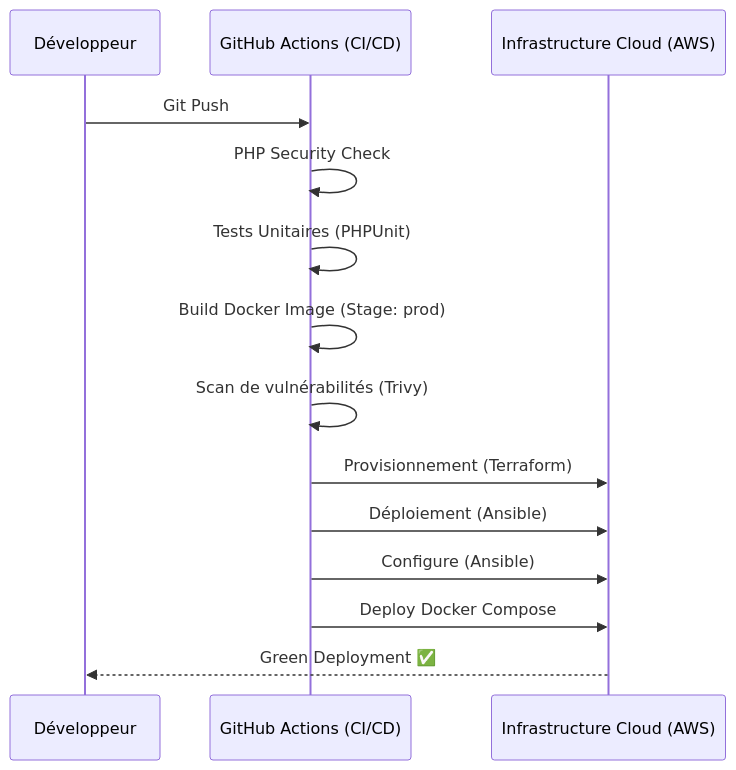
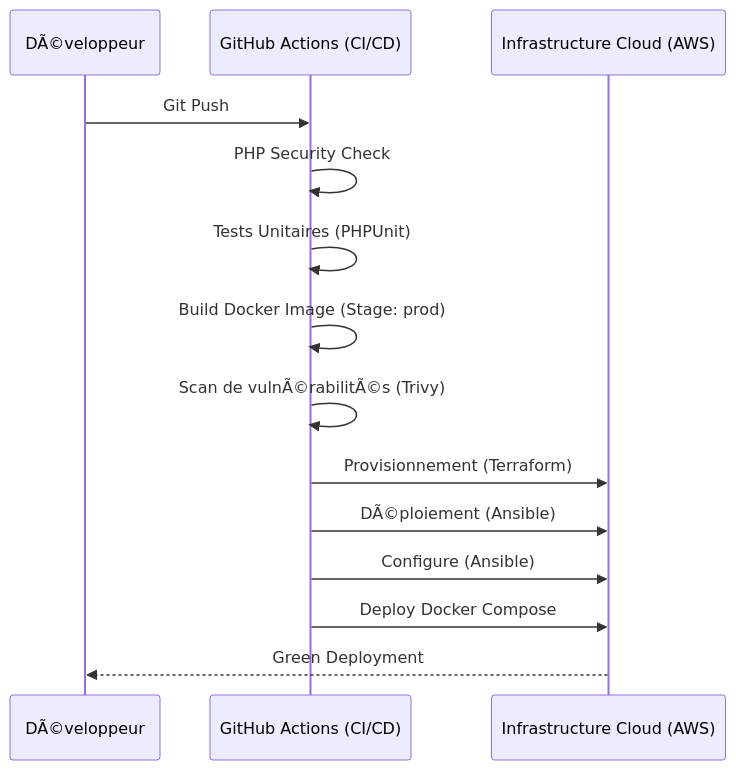
Before and after one commit to ArmSal/les-saveurs-du-jardin: the second of 2 diagrams in docs/architecture_schema.md, drawn with Mermaid. The commit also changed other lines of this file and 281 other files, not shown here.

````diff
--- a/docs/architecture_schema.md
+++ b/docs/architecture_schema.md
@@ -36,17 +36,17 @@
 ```mermaid
 sequenceDiagram
-    participant Dev as Développeur
-    participant GH as GitHub Actions (CI/CD)
-    participant AWS as Infrastructure Cloud (AWS)
+  participant Dev as DÃ©veloppeur
+  participant GH as GitHub Actions (CI/CD)
+  participant AWS as Infrastructure Cloud (AWS)
 
-    Dev->>GH: Git Push
-    GH->>GH: PHP Security Check
-    GH->>GH: Tests Unitaires (PHPUnit)
-    GH->>GH: Build Docker Image (Stage: prod)
-    GH->>GH: Scan de vulnérabilités (Trivy)
-    GH->>AWS: Provisionnement (Terraform)
-    GH->>AWS: Déploiement (Ansible)
-    GH->>AWS: Configure (Ansible)
-    GH->>AWS: Deploy Docker Compose
-    AWS-->>Dev: Green Deployment ✅
+  Dev->>GH: Git Push
+  GH->>GH: PHP Security Check
+  GH->>GH: Tests Unitaires (PHPUnit)
+  GH->>GH: Build Docker Image (Stage: prod)
+  GH->>GH: Scan de vulnÃ©rabilitÃ©s (Trivy)
+  GH->>AWS: Provisionnement (Terraform)
+  GH->>AWS: DÃ©ploiement (Ansible)
+  GH->>AWS: Configure (Ansible)
+  GH->>AWS: Deploy Docker Compose
+  AWS-->>Dev: Green Deployment
 ```
````
